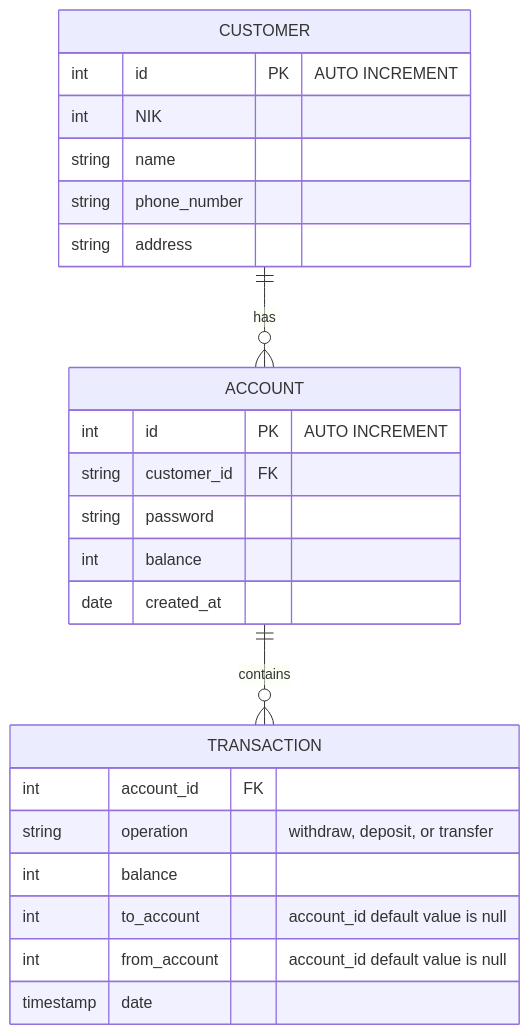
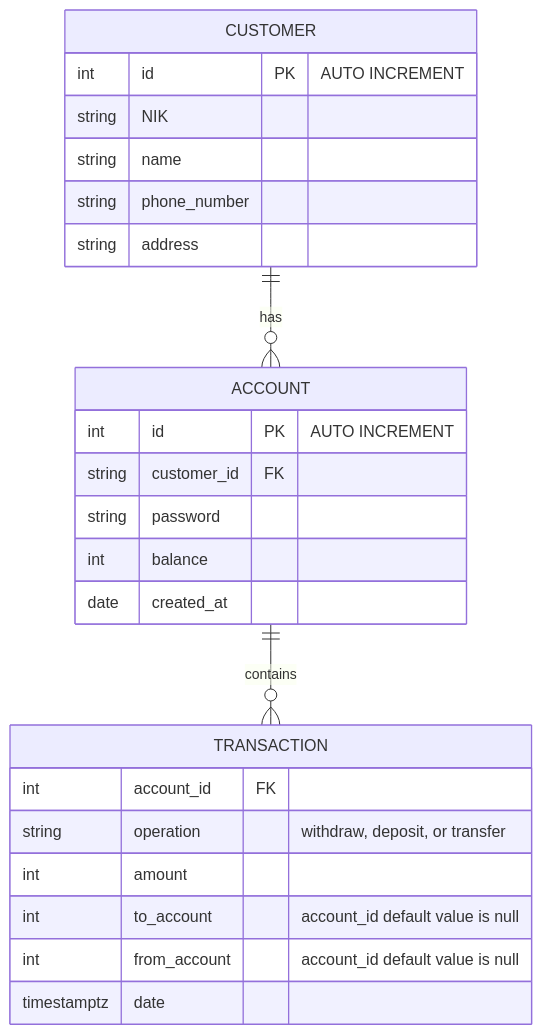
One commit to KevinDylanPrayudi/BEJS_fgabatch2_KevinDylanPrayudi_ChallengeChapter3 changed the diagram in README.md. Above: the diagram before and after it, drawn with Mermaid.

Commit message:
docs(README): term changes from balance to amount in table transaction

````diff
--- a/README.md
+++ b/README.md
@@ -16,28 +16,28 @@
 ```mermaid
 erDiagram
     CUSTOMER ||--o{ ACCOUNT : has
     CUSTOMER {
         int id PK "AUTO INCREMENT"
-        int NIK
+        string NIK
         string name
         string phone_number
         string address
     }
     ACCOUNT ||--o{ TRANSACTION : contains
     ACCOUNT {
         int id  PK "AUTO INCREMENT"
         string customer_id  FK
         string password
         int balance
         date created_at
     }
     TRANSACTION {
         int account_id FK
         string operation "withdraw, deposit, or transfer"
-        int balance
+        int amount
         int to_account "account_id default value is null"
         int from_account "account_id default value is null"
-        timestamp date
+        timestamptz date
     }
 
 ```
````
